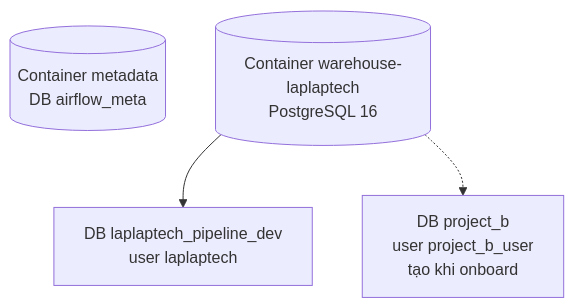
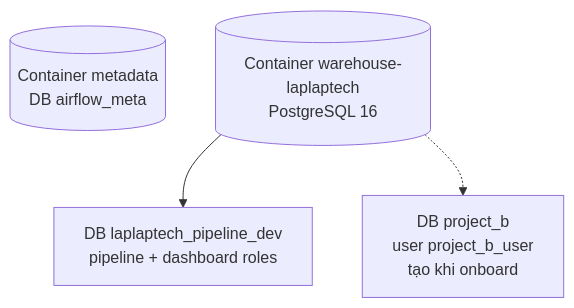
The third of 3 diagrams in docs/architecture/shared_platform.md (PhucTruong11/laplaptech_pipeline), drawn with Mermaid before and after one commit. The commit also changed other lines of this file and 30 other files, not shown here.

````diff
--- a/docs/architecture/shared_platform.md
+++ b/docs/architecture/shared_platform.md
@@ -75,7 +75,7 @@
 ```mermaid
 flowchart TB
     META[(Container metadata<br/>DB airflow_meta)]
     WH[(Container warehouse-laplaptech<br/>PostgreSQL 16)]
-    WH --> A[DB laplaptech_pipeline_dev<br/>user laplaptech]
+    WH --> A[DB laplaptech_pipeline_dev<br/>pipeline + dashboard roles]
     WH -.-> B[DB project_b<br/>user project_b_user<br/>tạo khi onboard]
 ```
````
